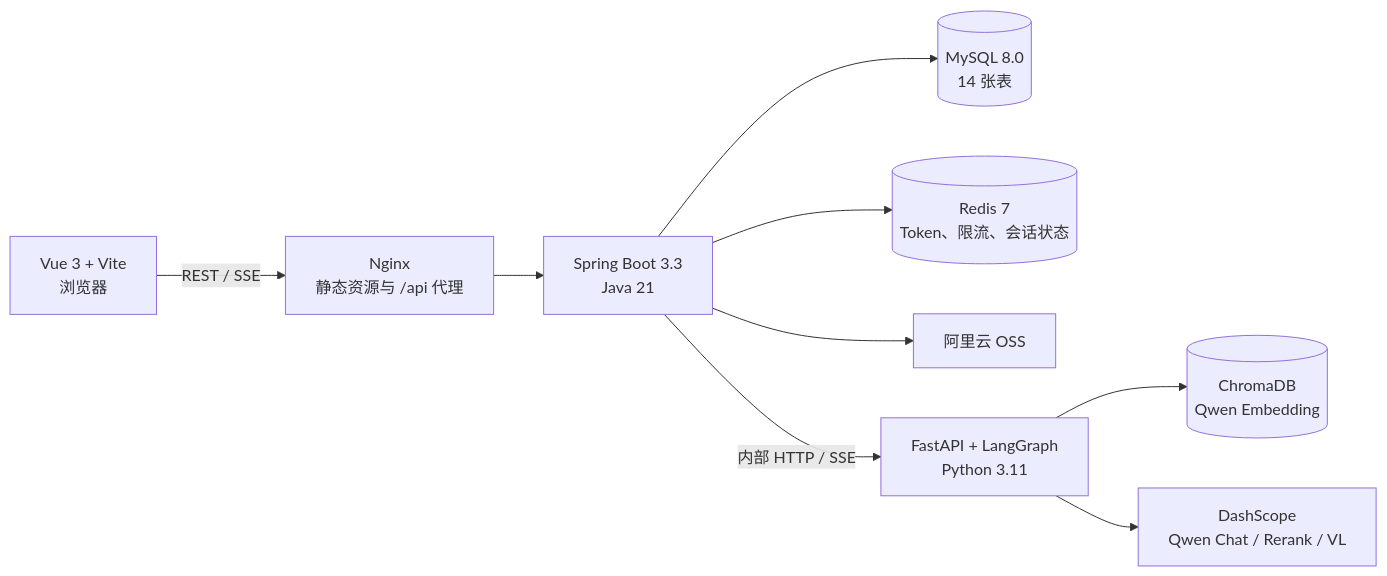
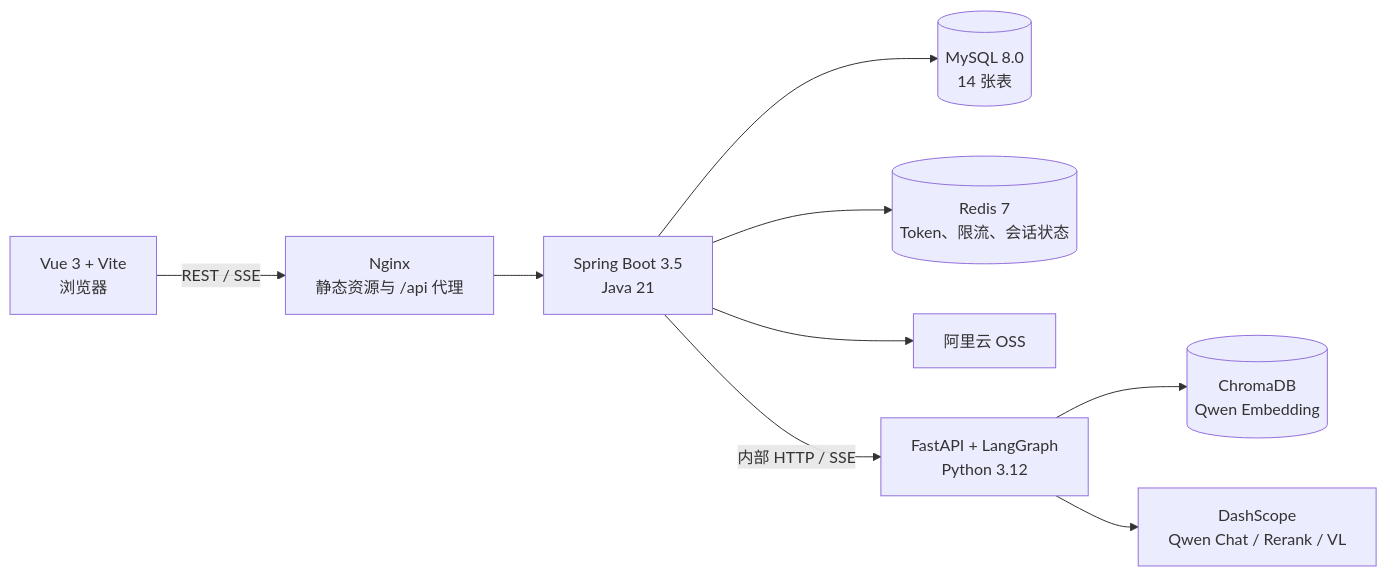
The first of 2 diagrams in README.md (AttentionCoo/learning-characterizing-mas), drawn with Mermaid before and after one commit. The commit also changed other lines of this file, not shown here.

````diff
--- a/README.md
+++ b/README.md
@@ -22,11 +22,11 @@
 ```mermaid
 flowchart LR
     Browser["Vue 3 + Vite\n浏览器"] -->|"REST / SSE"| Nginx["Nginx\n静态资源与 /api 代理"]
-    Nginx --> Backend["Spring Boot 3.3\nJava 21"]
+    Nginx --> Backend["Spring Boot 3.5\nJava 21"]
     Backend --> MySQL[("MySQL 8.0\n14 张表")]
     Backend --> Redis[("Redis 7\nToken、限流、会话状态")]
     Backend --> OSS["阿里云 OSS"]
-    Backend -->|"内部 HTTP / SSE"| Model["FastAPI + LangGraph\nPython 3.11"]
+    Backend -->|"内部 HTTP / SSE"| Model["FastAPI + LangGraph\nPython 3.12"]
     Model --> Chroma[("ChromaDB\nQwen Embedding")]
     Model --> DashScope["DashScope\nQwen Chat / Rerank / VL"]
 ```
````
